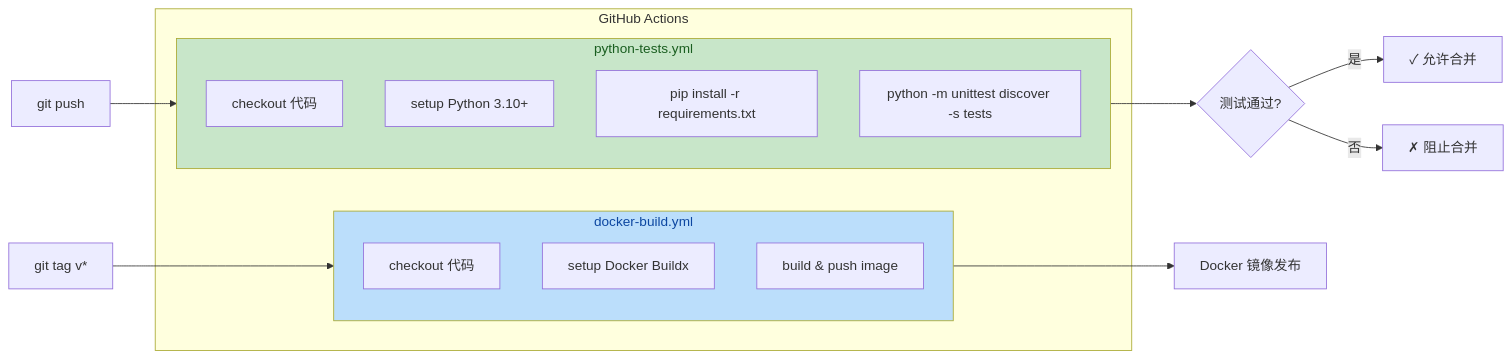
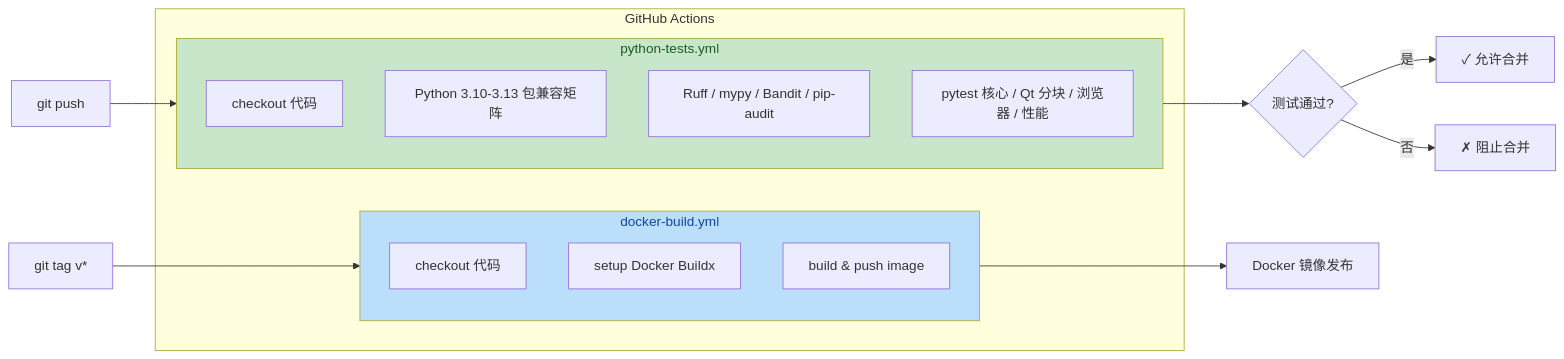
The fourth of 5 diagrams in mermaid/10-packaging-and-delivery.md (haohaizi554/UniversalCrawler), drawn with Mermaid before and after one commit. The commit also changed 12 other files, not shown here.

Commit message:
shared 唯一实现已收束，CLI/Web 直接导入 canonical 模块。 CI 已覆盖 Python 3.10-3.13、Ruff、mypy、Bandit、pip-audit、coverage、Qt 分块及浏览器测试。 全量分层验收：2674 passed, 3 skipped，覆盖率 73%。 wheel 隔离安装自检 9/9，不包含测试及已删除模块。 运行时依赖审计：无已知漏洞。 工程经验与最新基线已写入 [frontend-refresh-and-concurrency.md]

````diff
--- a/mermaid/10-packaging-and-delivery.md
+++ b/mermaid/10-packaging-and-delivery.md
@@ -119,29 +119,29 @@
 ```mermaid
 flowchart LR
     subgraph GitHub["GitHub Actions"]
         subgraph Test["python-tests.yml"]
             T1["checkout 代码"]
-            T2["setup Python 3.10+"]
-            T3["pip install -r requirements.txt"]
-            T4["python -m unittest discover -s tests"]
+            T2["Python 3.10-3.13 包兼容矩阵"]
+            T3["Ruff / mypy / Bandit / pip-audit"]
+            T4["pytest 核心 / Qt 分块 / 浏览器 / 性能"]
         end
 
         subgraph DockerBuild["docker-build.yml"]
             D1["checkout 代码"]
             D2["setup Docker Buildx"]
             D3["build & push image"]
         end
     end
 
     Push["git push"] --> Test
     Tag["git tag v*"] --> DockerBuild
 
     Test --> Result{"测试通过?"}
     Result -->|是| Pass["✓ 允许合并"]
     Result -->|否| Fail["✗ 阻止合并"]
 
     DockerBuild --> Image["Docker 镜像发布"]
 
     style Test fill:#c8e6c9,color:#1a5e20
     style DockerBuild fill:#bbdefb,color:#0d47a1
 ```
````
